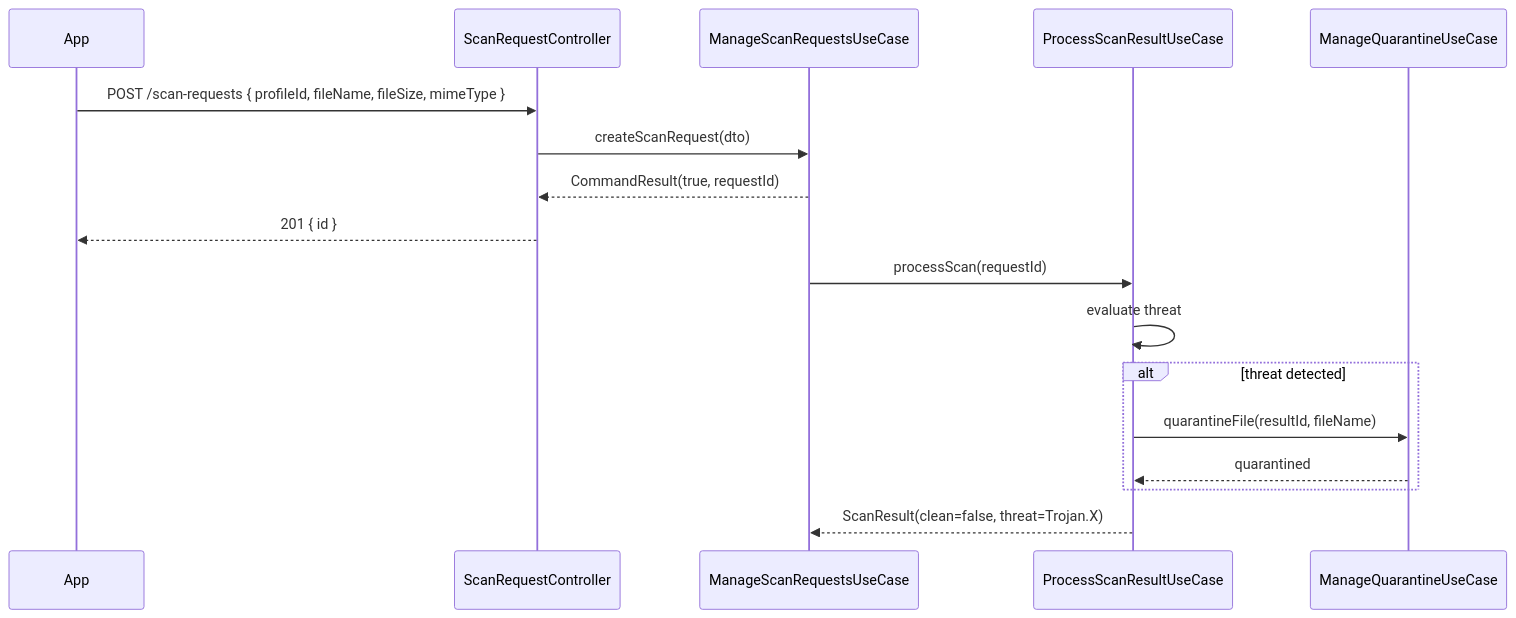
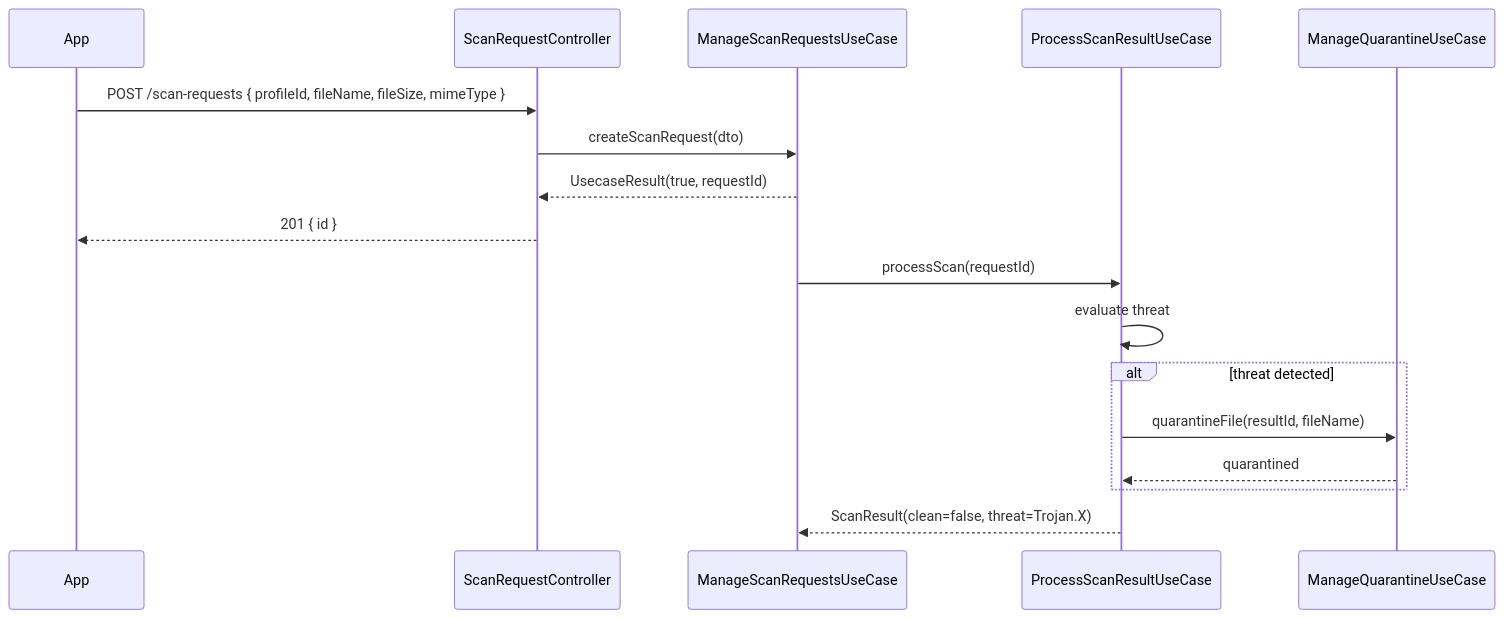
The third of 3 diagrams in malware-scanning/UML.md (UIMSolutions/uim-platform), drawn with Mermaid before and after one commit. The commit also changed 907 other files, not shown here.

Commit message:
Rename CommandResult

````diff
--- a/malware-scanning/UML.md
+++ b/malware-scanning/UML.md
@@ -126,21 +126,21 @@
 ```mermaid
 sequenceDiagram
     participant App
     participant SRC as ScanRequestController
     participant SRUC as ManageScanRequestsUseCase
     participant PRUC as ProcessScanResultUseCase
     participant QUC as ManageQuarantineUseCase
 
     App->>SRC: POST /scan-requests { profileId, fileName, fileSize, mimeType }
     SRC->>SRUC: createScanRequest(dto)
-    SRUC-->>SRC: CommandResult(true, requestId)
+    SRUC-->>SRC: UsecaseResult(true, requestId)
     SRC-->>App: 201 { id }
 
     SRUC->>PRUC: processScan(requestId)
     PRUC->>PRUC: evaluate threat
     alt threat detected
         PRUC->>QUC: quarantineFile(resultId, fileName)
         QUC-->>PRUC: quarantined
     end
     PRUC-->>SRUC: ScanResult(clean=false, threat=Trojan.X)
 ```
````
